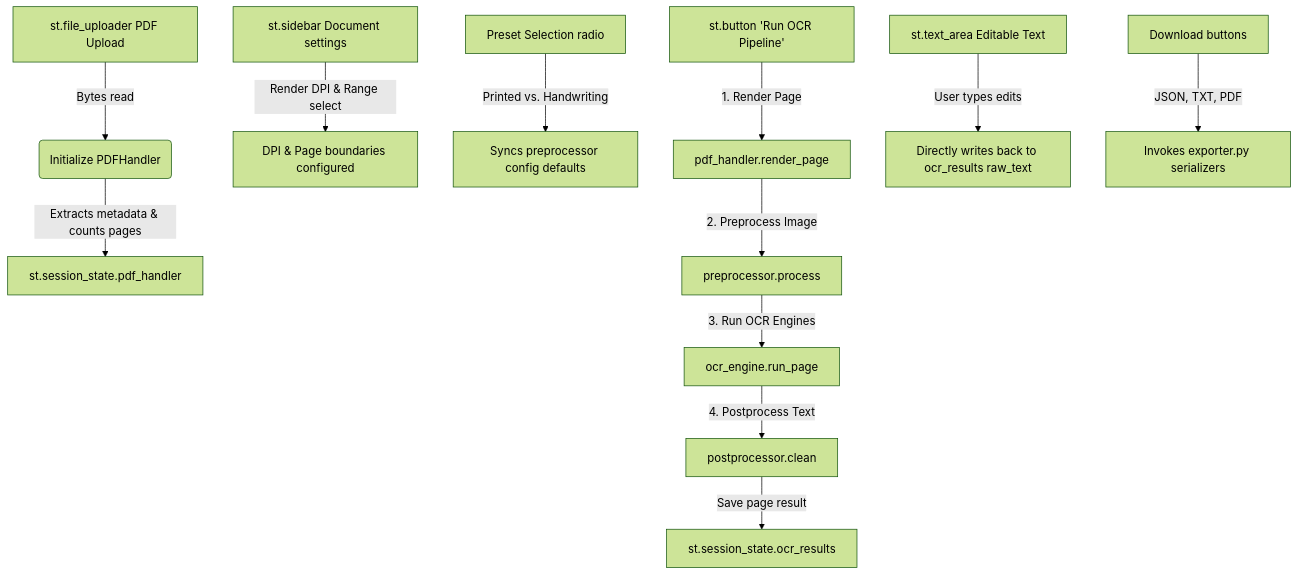
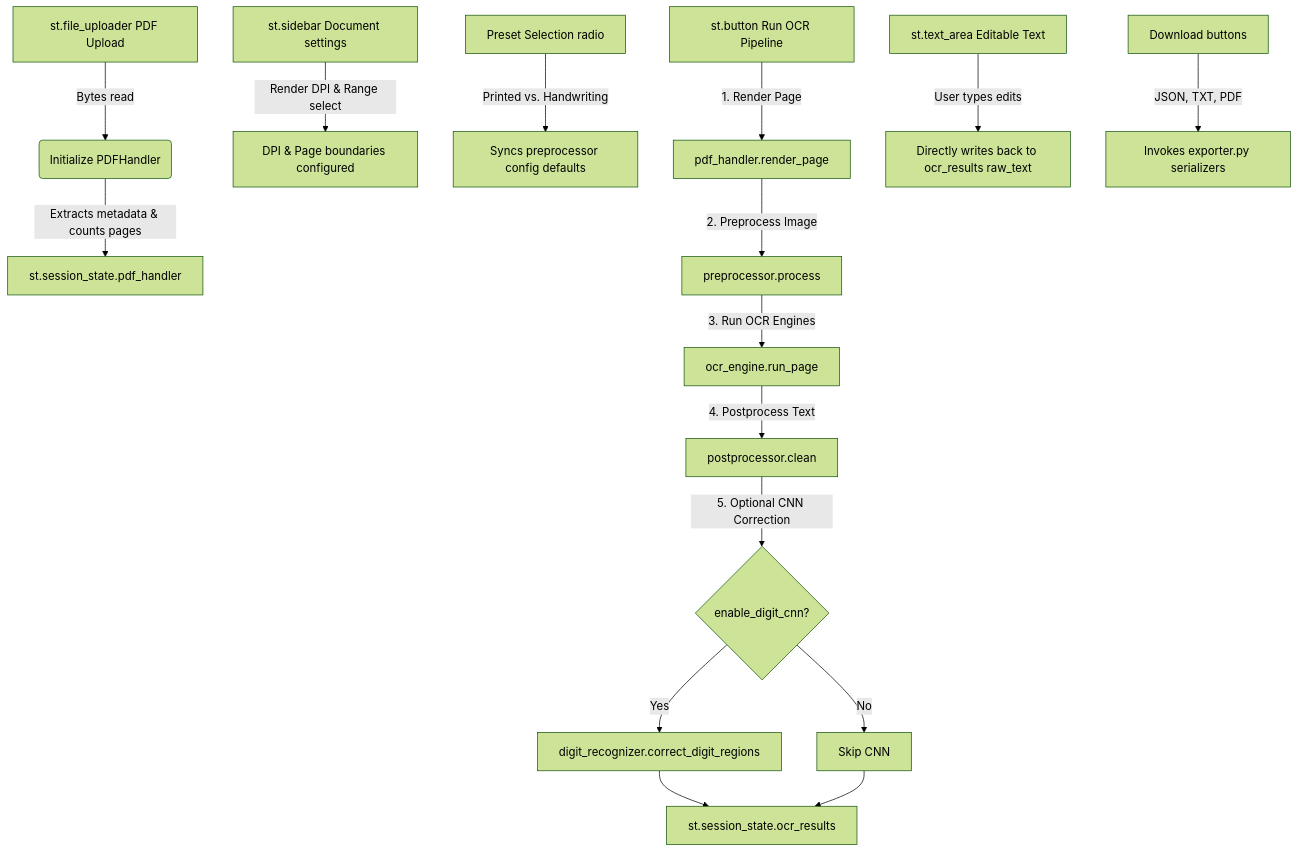
Before and after one commit to shubham075/OCR_tesseract_01: the diagram in ocr_app/CODE_GUIDE.md, drawn with Mermaid (forest theme). The commit also changed other lines of this file and 6 other files, not shown here.

Commit message:
CNN added for rest extractions apart from OCR

````diff
--- a/ocr_app/CODE_GUIDE.md
+++ b/ocr_app/CODE_GUIDE.md
@@ -102,19 +130,23 @@
 ```mermaid
 graph TD
     A[st.file_uploader PDF Upload] -->|Bytes read| B(Initialize PDFHandler)
     B -->|Extracts metadata & counts pages| C[st.session_state.pdf_handler]
-    
+
     D[st.sidebar Document settings] -->|Render DPI & Range select| E[DPI & Page boundaries configured]
-    
+
     F[Preset Selection radio] -->|Printed vs. Handwriting| G[Syncs preprocessor config defaults]
-    
-    H[st.button 'Run OCR Pipeline'] -->|1. Render Page| I[pdf_handler.render_page]
+
+    H[st.button Run OCR Pipeline] -->|1. Render Page| I[pdf_handler.render_page]
     I -->|2. Preprocess Image| J[preprocessor.process]
     J -->|3. Run OCR Engines| K[ocr_engine.run_page]
     K -->|4. Postprocess Text| L[postprocessor.clean]
-    L -->|Save page result| M[st.session_state.ocr_results]
-    
-    N[st.text_area Editable Text] -->|User types edits| O[Directly writes back to ocr_results raw_text]
-    
-    P[Download buttons] -->|JSON, TXT, PDF| Q[Invokes exporter.py serializers]
+    L -->|5. Optional CNN Correction| M{enable_digit_cnn?}
+    M -->|Yes| N[digit_recognizer.correct_digit_regions]
+    M -->|No| O[Skip CNN]
+    N --> P[st.session_state.ocr_results]
+    O --> P
+
+    Q[st.text_area Editable Text] -->|User types edits| R[Directly writes back to ocr_results raw_text]
+
+    S[Download buttons] -->|JSON, TXT, PDF| T[Invokes exporter.py serializers]
 ```
````
